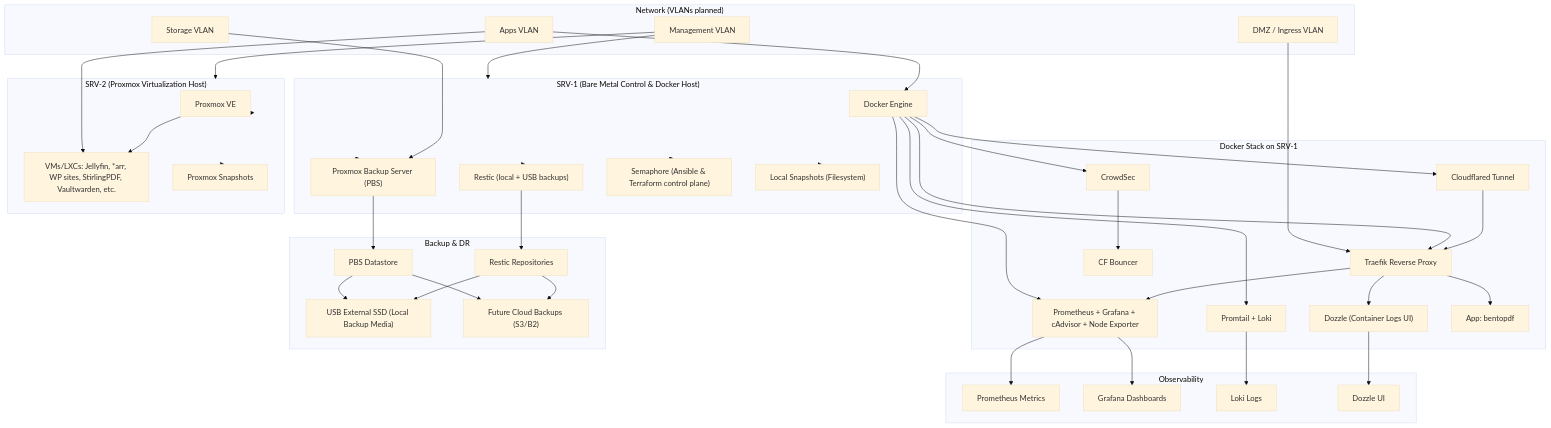
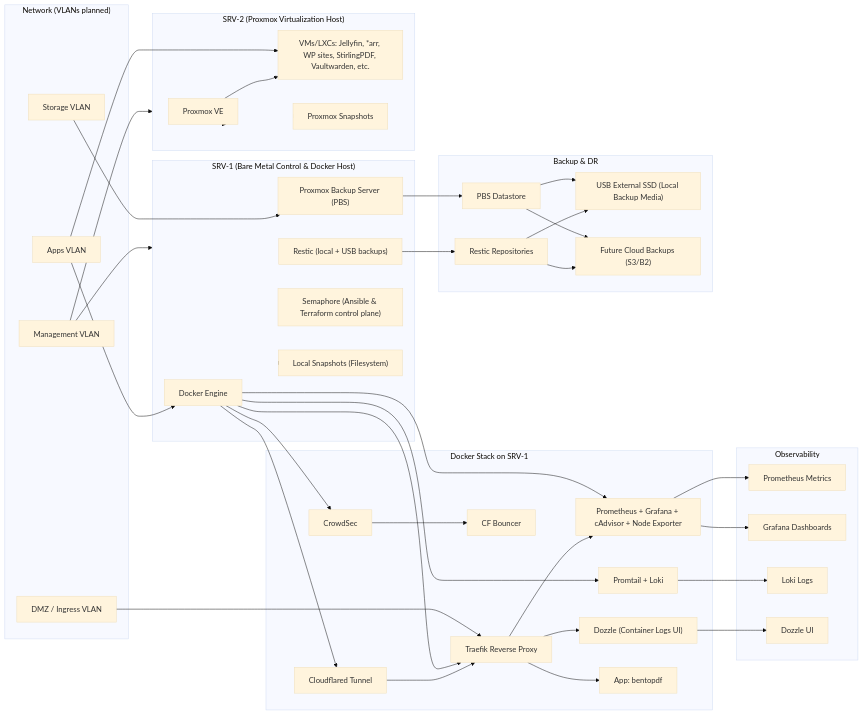
Before and after one commit to richpea1982/richpea1982.github.io: the diagram in architecture.md, drawn with Mermaid (base theme). The commit also changed 1 other file, not shown here.

Commit message:
fixes to mermaid rendering

````diff
--- a/architecture.md
+++ b/architecture.md
@@ -8,6 +8,6 @@
 ```mermaid
 
-flowchart TD
+flowchart LR
 
     subgraph SRV1["SRV-1 (Bare Metal Control & Docker Host)"]
         DockerHost["Docker Engine"]
````
